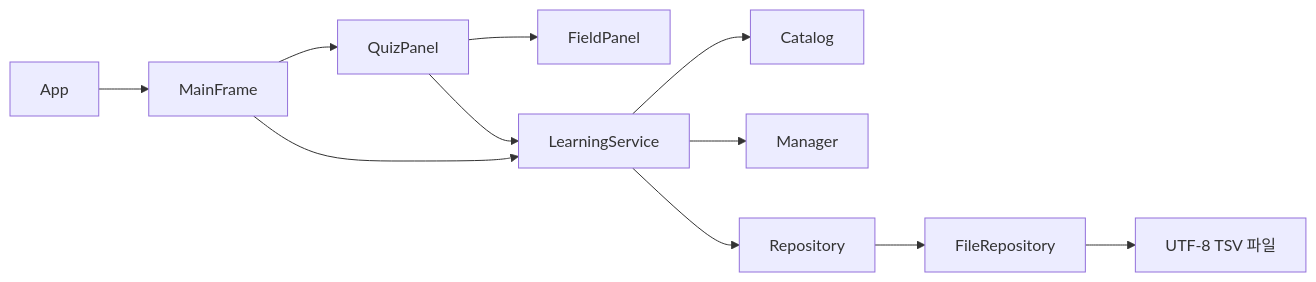
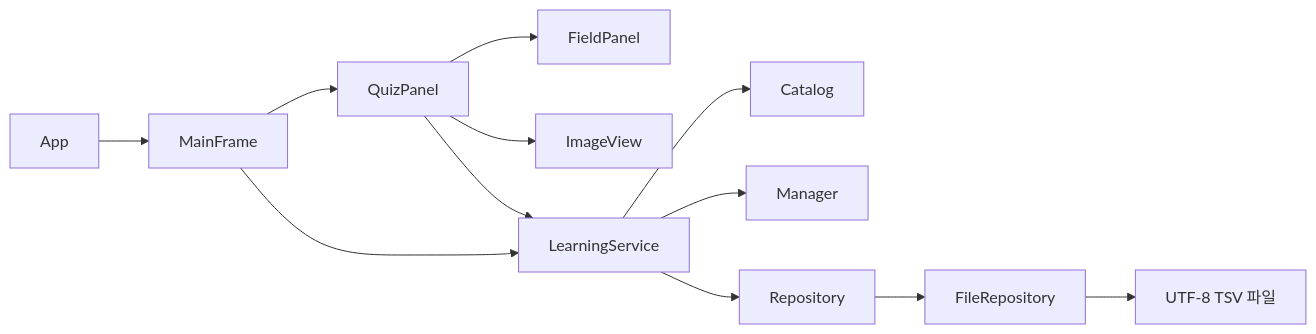
The diagram in docs/ARCHITECTURE.md (yoojinseo325/oopteamproject_i), drawn with Mermaid before and after one commit. The commit also changed other lines of this file and 27 other files, not shown here.

````diff
--- a/docs/ARCHITECTURE.md
+++ b/docs/ARCHITECTURE.md
@@ -7,13 +7,14 @@
 ```mermaid
 flowchart LR
   App --> MainFrame
   MainFrame --> QuizPanel
   QuizPanel --> FieldPanel
+  QuizPanel --> ImageView
   MainFrame --> LearningService
   QuizPanel --> LearningService
   LearningService --> Catalog
   LearningService --> Manager
   LearningService --> Repository
   Repository --> FileRepository
   FileRepository --> TSV[UTF-8 TSV 파일]
 ```
````
